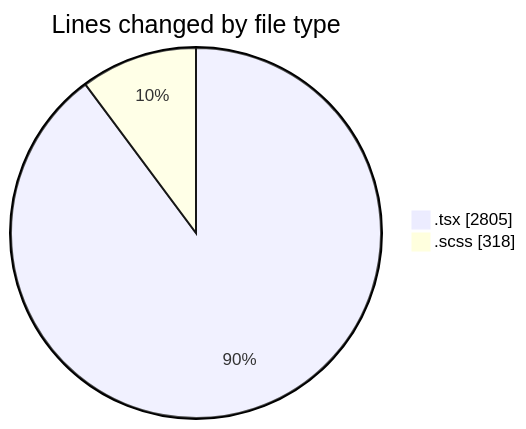
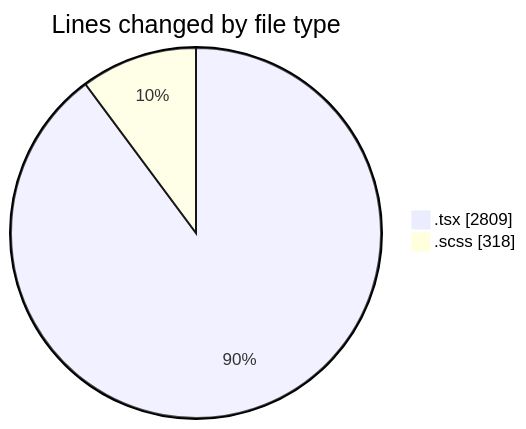
Before and after one commit to momahboobian/code-tracking: the first of 2 diagrams in 2026-10-20/cda/README.md, drawn with Mermaid. The commit also changed other lines of this file and 1 other file, not shown here.

````diff
--- a/2026-10-20/cda/README.md
+++ b/2026-10-20/cda/README.md
@@ -31,6 +31,6 @@
 ```mermaid
 pie showData
 title Lines changed by file type
-".tsx" : 2805
+".tsx" : 2809
 ".scss" : 318
 ```
````
